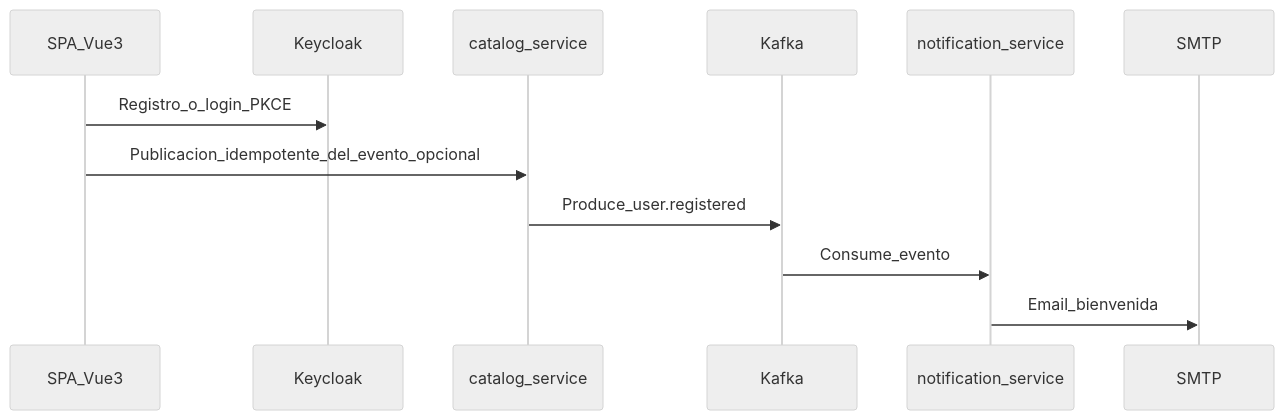
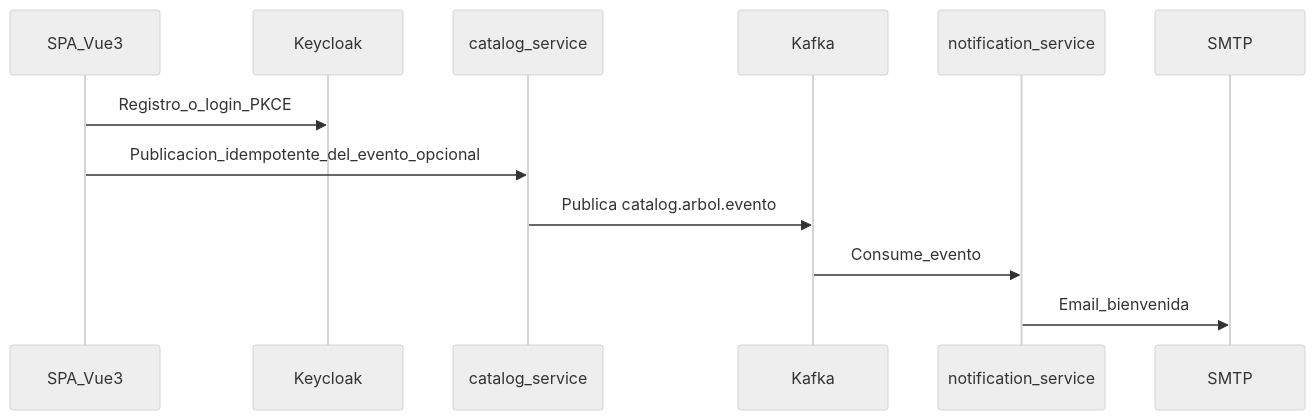
One commit to LIDR-academy/AI4Devs-finalproject changed the fourth of 13 diagrams in readme.md. Above: the diagram before and after it, drawn with Mermaid (neutral theme). The commit also changed other lines of this file and 9 other files, not shown here.

````diff
--- a/readme.md
+++ b/readme.md
@@ -170,14 +177,14 @@
 ```mermaid
 sequenceDiagram
   participant SPA as SPA_Vue3
   participant KC as Keycloak
   participant CAT as catalog_service
   participant K as Kafka
   participant N as notification_service
   participant Mail as SMTP
   SPA->>KC: Registro_o_login_PKCE
   SPA->>CAT: Publicacion_idempotente_del_evento_opcional
-  CAT->>K: Produce_user.registered
+  CAT->>K: Publica catalog.arbol.evento
   K->>N: Consume_evento
   N->>Mail: Email_bienvenida
 ```
````
